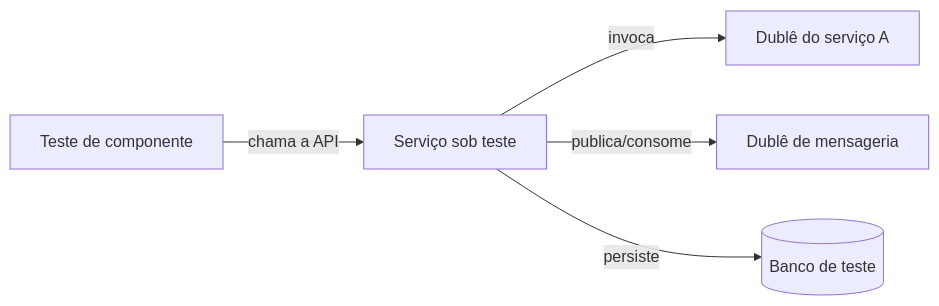
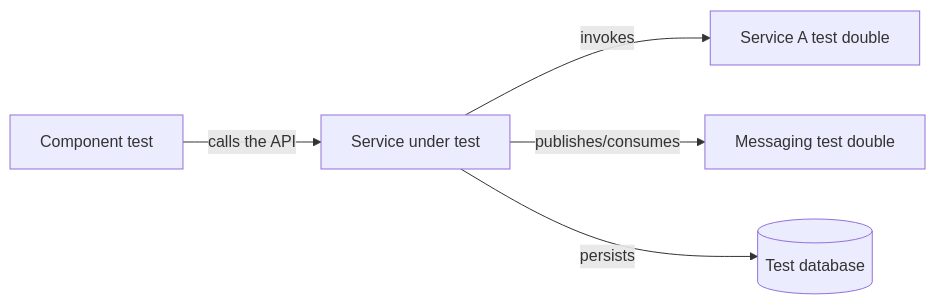
The diagram in docs/architecture/microservices/testing/service-component-test.md (alancesar/design-patterns), drawn with Mermaid before and after one commit. The commit also changed 258 other files, not shown here.

First line of the commit message:
Translate Mermaid diagrams to English

````diff
--- a/docs/architecture/microservices/testing/service-component-test.md
+++ b/docs/architecture/microservices/testing/service-component-test.md
@@ -50,7 +50,7 @@
 ```mermaid
 flowchart LR
-    T["Teste de componente"] -->|"chama a API"| S["Serviço sob teste"]
-    S -->|"invoca"| D1["Dublê do serviço A"]
-    S -->|"publica/consome"| D2["Dublê de mensageria"]
-    S -->|"persiste"| B[("Banco de teste")]
+    T["Component test"] -->|"calls the API"| S["Service under test"]
+    S -->|"invokes"| D1["Service A test double"]
+    S -->|"publishes/consumes"| D2["Messaging test double"]
+    S -->|"persists"| B[("Test database")]
 ```
````
